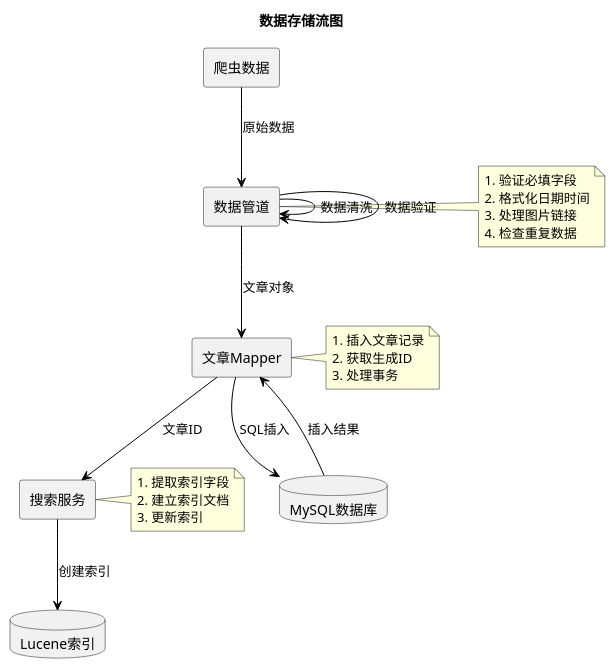
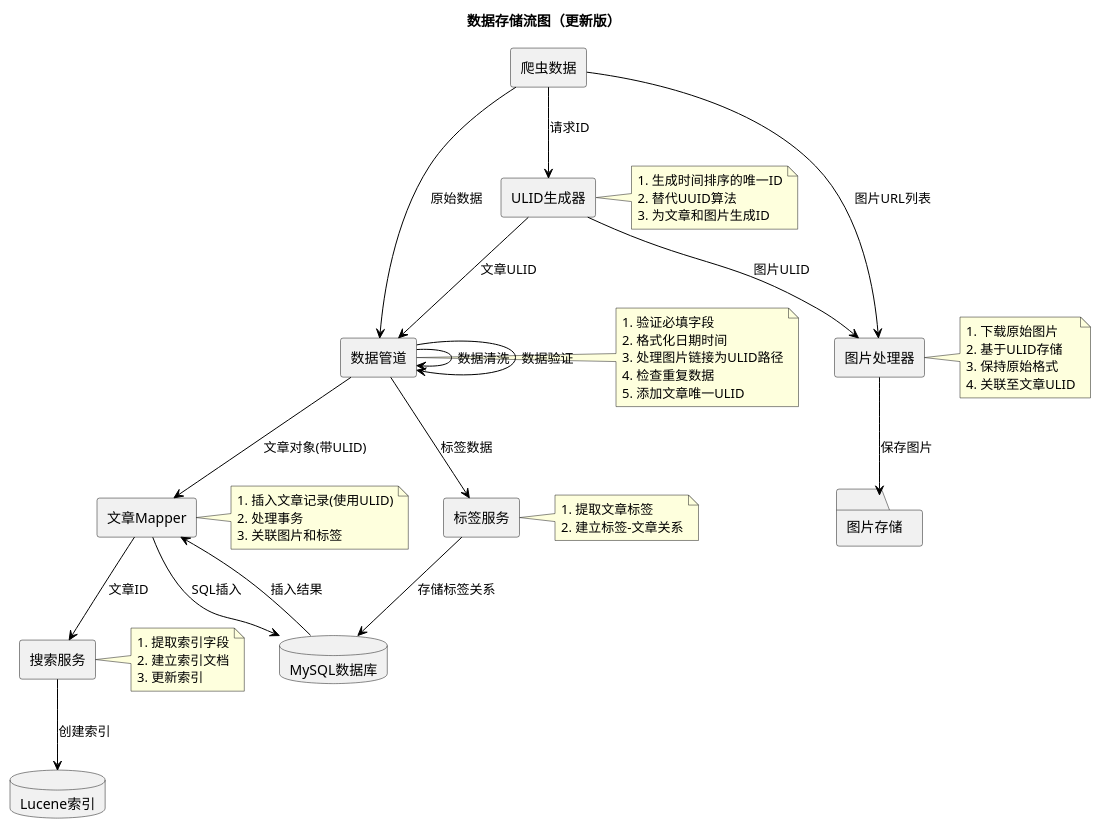
Before and after one commit to Changhuaishui/web2_7: the diagram in DFD/data_storage_flow.puml, drawn with PlantUML. The commit also changed 5 other files, not shown here.

```diff
--- a/DFD/data_storage_flow.puml
+++ b/DFD/data_storage_flow.puml
@@ -1,46 +1,76 @@
 @startuml
 
 skinparam {
     BackgroundColor White
     ArrowColor Black
     BorderColor Black
 }
 
-title 数据存储流图
+title 数据存储流图（更新版）
 
 rectangle "爬虫数据" as CrawlerData
+rectangle "ULID生成器" as ULIDGenerator
 rectangle "数据管道" as Pipeline
 rectangle "文章Mapper" as ArticleMapper
+rectangle "图片处理器" as ImageProcessor
 rectangle "搜索服务" as SearchService
+rectangle "标签服务" as TagService
 database "MySQL数据库" as Database
 database "Lucene索引" as LuceneIndex
+folder "图片存储" as ImageStorage
 
+CrawlerData --> ULIDGenerator : "请求ID"
+ULIDGenerator --> Pipeline : "文章ULID"
+ULIDGenerator --> ImageProcessor : "图片ULID"
 CrawlerData --> Pipeline : "原始数据"
+CrawlerData --> ImageProcessor : "图片URL列表"
 Pipeline --> Pipeline : "数据清洗"
 Pipeline --> Pipeline : "数据验证"
-Pipeline --> ArticleMapper : "文章对象"
+ImageProcessor --> ImageStorage : "保存图片"
+Pipeline --> ArticleMapper : "文章对象(带ULID)"
 ArticleMapper --> Database : "SQL插入"
+Pipeline --> TagService : "标签数据"
+TagService --> Database : "存储标签关系"
 Database --> ArticleMapper : "插入结果"
 ArticleMapper --> SearchService : "文章ID"
 SearchService --> LuceneIndex : "创建索引"
 
 note right of Pipeline
   1. 验证必填字段
   2. 格式化日期时间
-  3. 处理图片链接
+  3. 处理图片链接为ULID路径
   4. 检查重复数据
+  5. 添加文章唯一ULID
+end note
+
+note right of ULIDGenerator
+  1. 生成时间排序的唯一ID
+  2. 替代UUID算法
+  3. 为文章和图片生成ID
+end note
+
+note right of ImageProcessor
+  1. 下载原始图片
+  2. 基于ULID存储
+  3. 保持原始格式
+  4. 关联至文章ULID
 end note
 
 note right of ArticleMapper
-  1. 插入文章记录
-  2. 获取生成ID
-  3. 处理事务
+  1. 插入文章记录(使用ULID)
+  2. 处理事务
+  3. 关联图片和标签
 end note
 
 note right of SearchService
   1. 提取索引字段
   2. 建立索引文档
   3. 更新索引
 end note
 
+note right of TagService
+  1. 提取文章标签
+  2. 建立标签-文章关系
+end note
+
 @enduml
```
